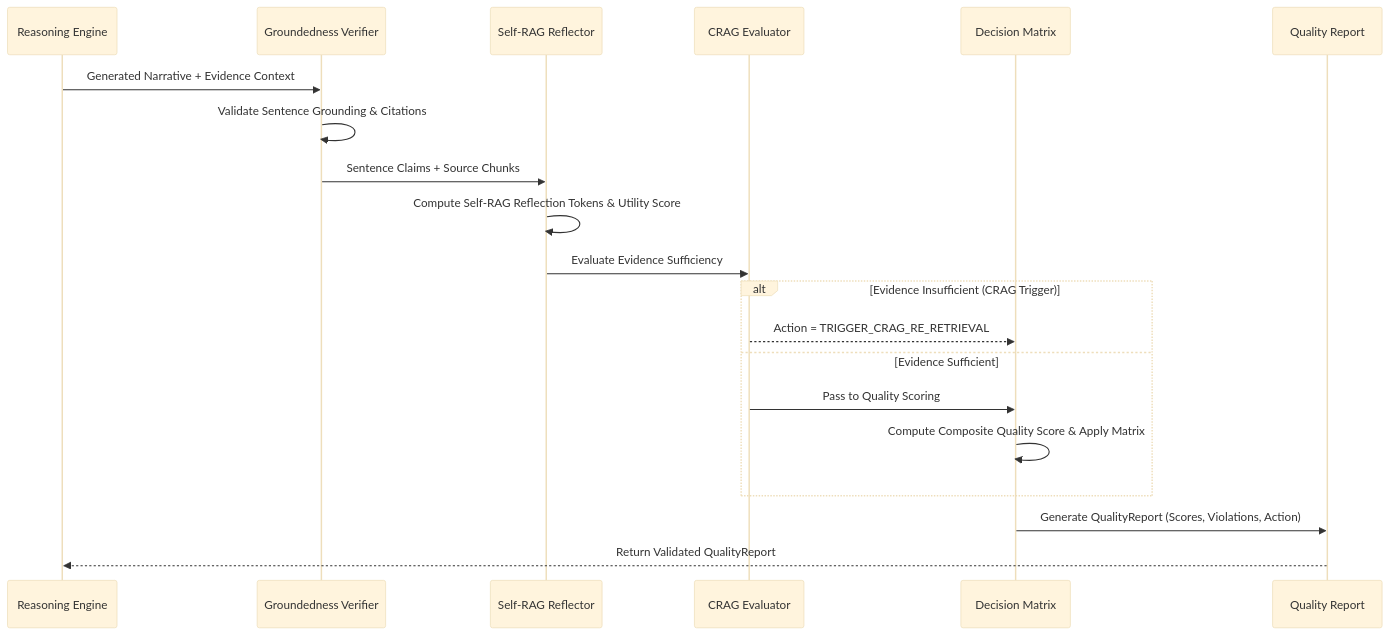
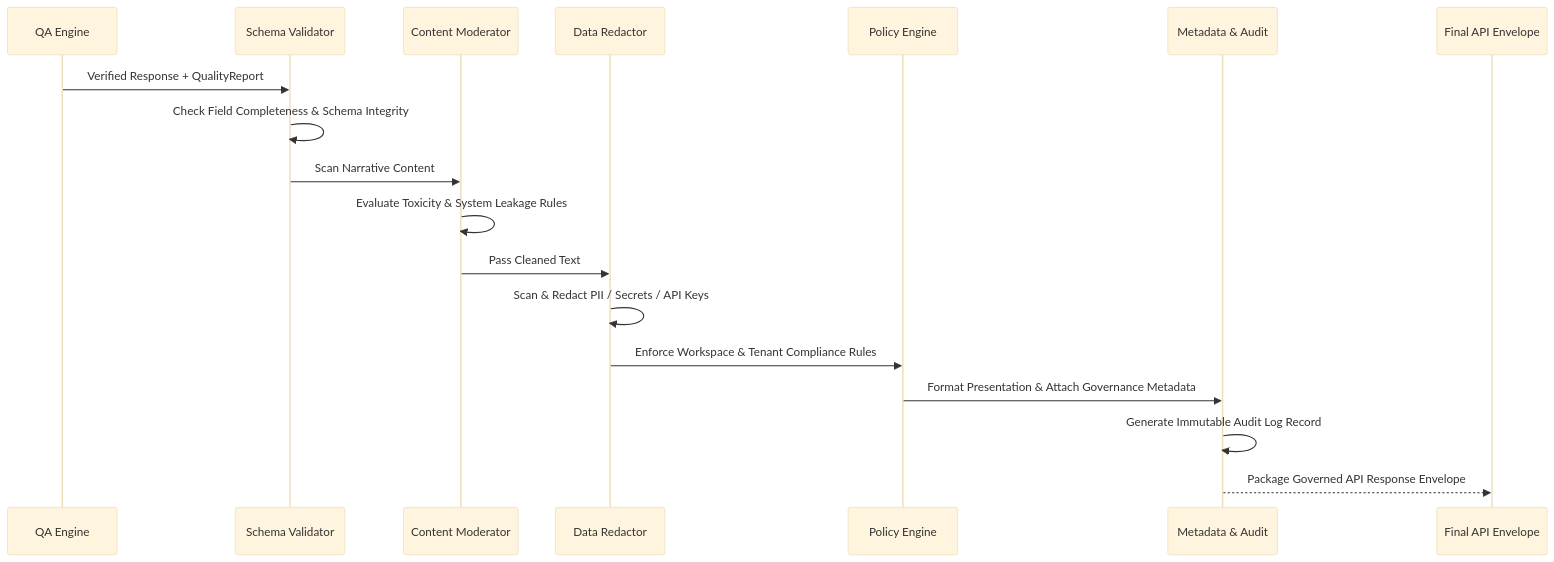
The second of 2 diagrams in README.md (sreeram0343/ragtune), drawn with Mermaid (base theme) before and after one commit. The commit also changed other lines of this file, not shown here.

Commit message:
docs: update README with Output Security & Response Governance Engine architecture, redaction rules, metadata, and diagrams

````diff
--- a/README.md
+++ b/README.md
@@ -92,23 +87,21 @@
 ```mermaid
 sequenceDiagram
-    participant Synthesizer as Reasoning Engine
-    participant Verifier as Groundedness Verifier
-    participant SelfRAG as Self-RAG Reflector
-    participant CRAG as CRAG Evaluator
-    participant Decision as Decision Matrix
-    participant Report as Quality Report
+    participant Verifier as QA Engine
+    participant Schema as Schema Validator
+    participant Mod as Content Moderator
+    participant Redact as Data Redactor
+    participant Policy as Policy Engine
+    participant Meta as Metadata & Audit
+    participant API as Final API Envelope
 
-    Synthesizer->>Verifier: Generated Narrative + Evidence Context
-    Verifier->>Verifier: Validate Sentence Grounding & Citations
-    Verifier->>SelfRAG: Sentence Claims + Source Chunks
-    SelfRAG->>SelfRAG: Compute Self-RAG Reflection Tokens & Utility Score
-    SelfRAG->>CRAG: Evaluate Evidence Sufficiency
-    alt Evidence Insufficient (CRAG Trigger)
-        CRAG-->>Decision: Action = TRIGGER_CRAG_RE_RETRIEVAL
-    else Evidence Sufficient
-        CRAG->>Decision: Pass to Quality Scoring
-        Decision->>Decision: Compute Composite Quality Score & Apply Matrix
-    end
-    Decision->>Report: Generate QualityReport (Scores, Violations, Action)
-    Report-->>Synthesizer: Return Validated QualityReport
+    Verifier->>Schema: Verified Response + QualityReport
+    Schema->>Schema: Check Field Completeness & Schema Integrity
+    Schema->>Mod: Scan Narrative Content
+    Mod->>Mod: Evaluate Toxicity & System Leakage Rules
+    Mod->>Redact: Pass Cleaned Text
+    Redact->>Redact: Scan & Redact PII / Secrets / API Keys
+    Redact->>Policy: Enforce Workspace & Tenant Compliance Rules
+    Policy->>Meta: Format Presentation & Attach Governance Metadata
+    Meta->>Meta: Generate Immutable Audit Log Record
+    Meta-->>API: Package Governed API Response Envelope
 ```
````
